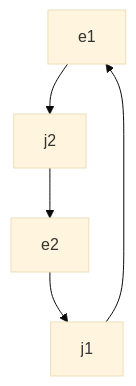
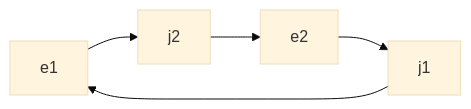
Before and after one commit to lwcarani/matching-algorithms: the diagram in README.md, drawn with Mermaid (base theme).

````diff
--- a/README.md
+++ b/README.md
@@ -72,7 +72,7 @@
 ```mermaid
-graph TD
+graph LR
     e1-->j2;
     j2-->e2;
     e2-->j1;
     j1-->e1;
 ```
````
